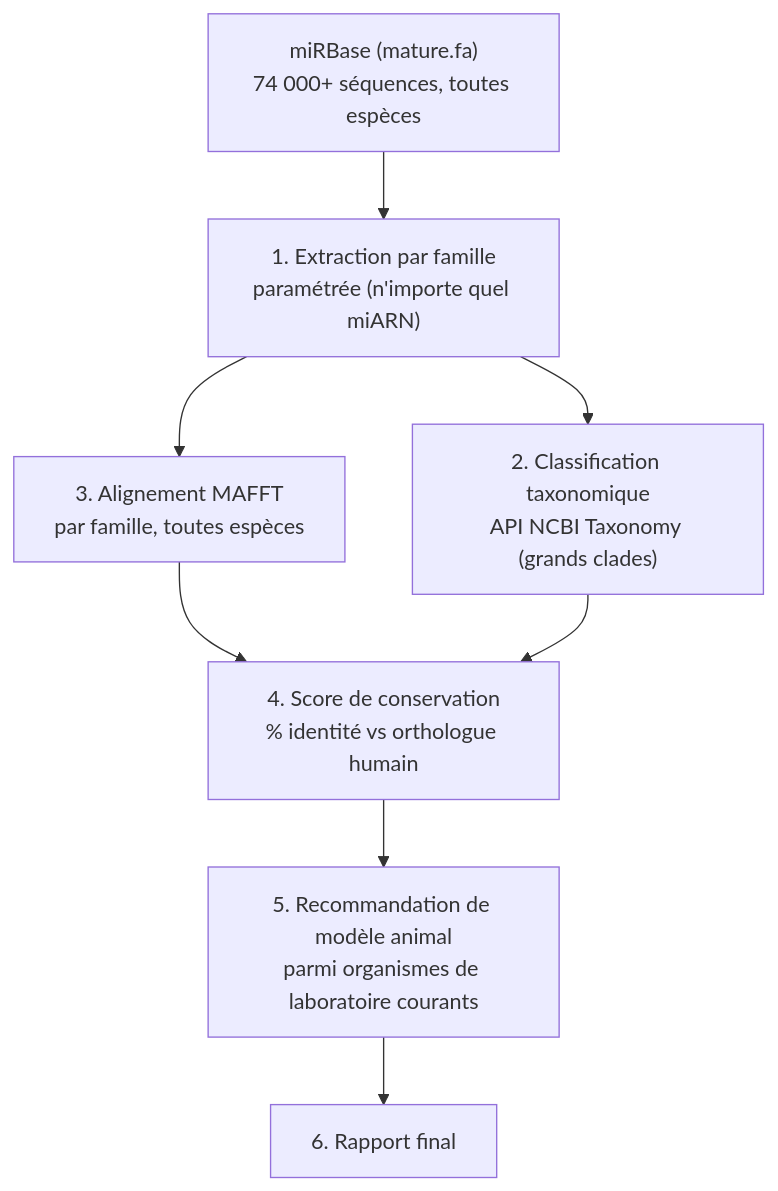
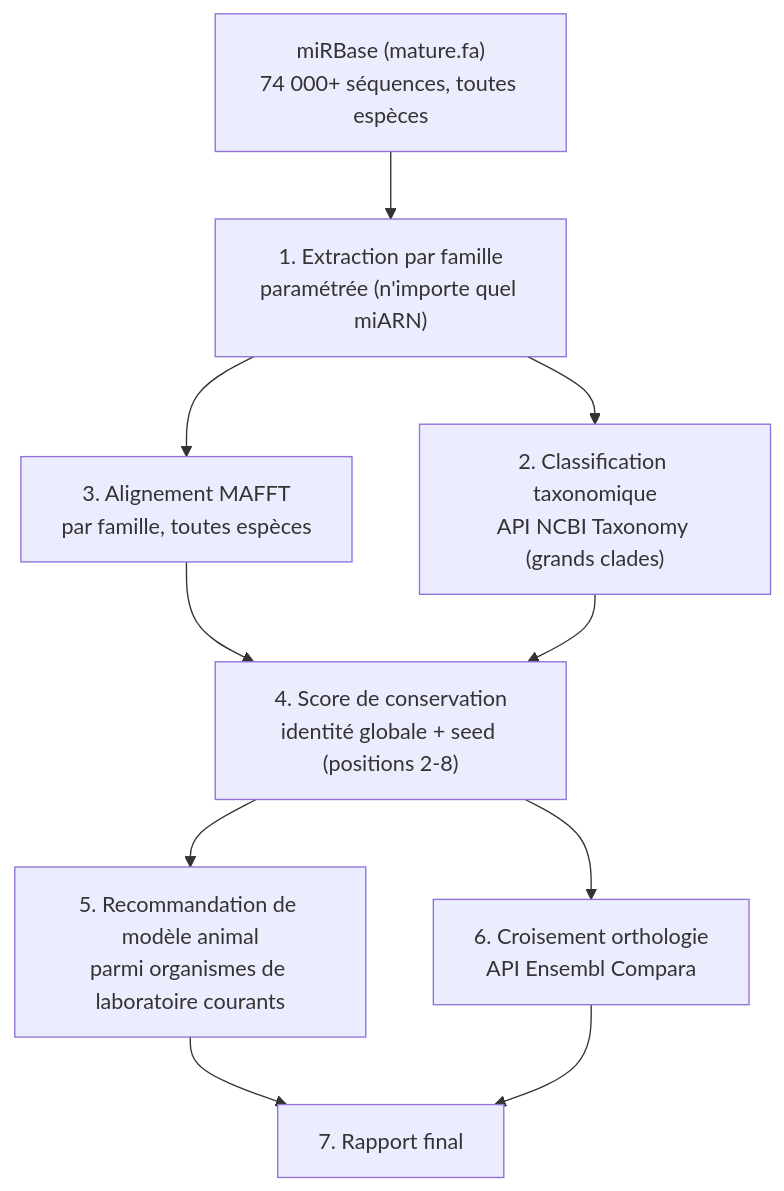
One commit to romainkpakou/mirna-conservation-analysis changed the diagram in README.md. Above: the diagram before and after it, drawn with Mermaid. The commit also changed other lines of this file and 14 other files, not shown here.

Commit message:
Ajoute la conservation de la seed region, le croisement Ensembl Compara et run_all.sh

````diff
--- a/README.md
+++ b/README.md
@@ -33,10 +33,12 @@
 ```mermaid
 flowchart TD
     A["miRBase (mature.fa)<br/>74 000+ séquences, toutes espèces"] --> B["1. Extraction par famille<br/>paramétrée (n'importe quel miARN)"]
     B --> C["2. Classification taxonomique<br/>API NCBI Taxonomy (grands clades)"]
     B --> D["3. Alignement MAFFT<br/>par famille, toutes espèces"]
-    D --> E["4. Score de conservation<br/>% identité vs orthologue humain"]
+    D --> E["4. Score de conservation<br/>identité globale + seed (positions 2-8)"]
     C --> E
     E --> F["5. Recommandation de modèle animal<br/>parmi organismes de laboratoire courants"]
-    F --> G["6. Rapport final"]
+    E --> G["6. Croisement orthologie<br/>API Ensembl Compara"]
+    F --> H["7. Rapport final"]
+    G --> H
 ```
````
